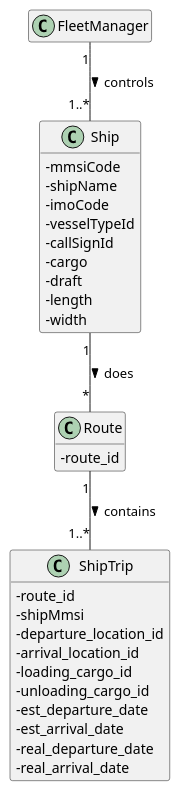
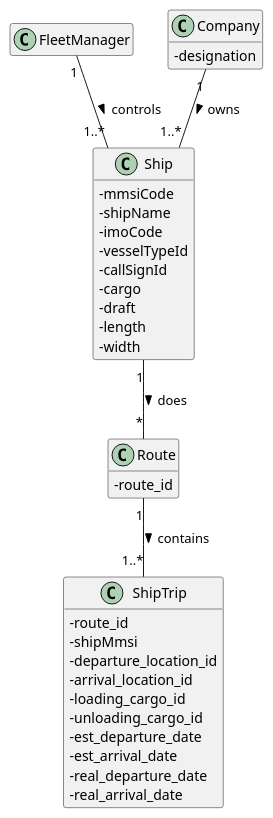
One commit to ana-albergaria/LAPR3-ISEP changed the diagram in docs/Sprint 4/US404/US404_DM.puml. Above: the diagram before and after it, drawn with PlantUML. The commit also changed 5 other files, not shown here.

Commit message:
G54-280 #time 20m #comment US407 - DM Diagram

```diff
--- a/docs/Sprint 4/US404/US404_DM.puml
+++ b/docs/Sprint 4/US404/US404_DM.puml
@@ -1,43 +1,48 @@
 @startuml
 
 skinparam classAttributeIconSize 0
 hide empty methods
 hide empty attributes
 
 class FleetManager{}
 
 class Ship {
     -mmsiCode
     -shipName
     -imoCode
     -vesselTypeId
     -callSignId
     -cargo
     -draft
     -length
     -width
 }
 
 class ShipTrip{
     -route_id
     -shipMmsi
     /'has attribute phase?'/
     -departure_location_id
     -arrival_location_id
     -loading_cargo_id
     -unloading_cargo_id
     -est_departure_date
     -est_arrival_date
     -real_departure_date
     -real_arrival_date
 }
 
 class Route {
     -route_id
 }
 
+class Company{
+    -designation
+}
+
 FleetManager "1" -- "1..*" Ship : controls >
 Ship "1" -- "*" Route : does >
 Route "1" -- "1..*" ShipTrip : contains >
+Company "1" -- "1..*" Ship : owns >
 
 @enduml
```
